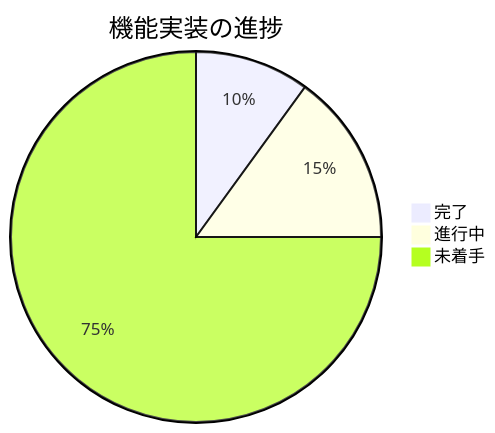
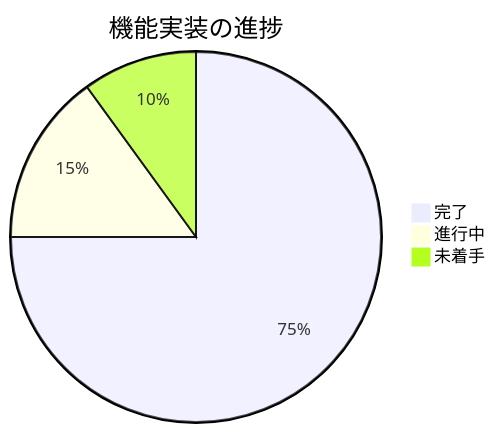
The diagram in memory-bank/progress.md (chokkoyamada/AvailableX), drawn with Mermaid before and after one commit. The commit also changed other lines of this file and 4 other files, not shown here.

````diff
--- a/memory-bank/progress.md
+++ b/memory-bank/progress.md
@@ -7,6 +7,6 @@
 ```mermaid
 pie title 機能実装の進捗
-    "完了" : 10
+    "完了" : 75
     "進行中" : 15
-    "未着手" : 75
+    "未着手" : 10
 ```
````
